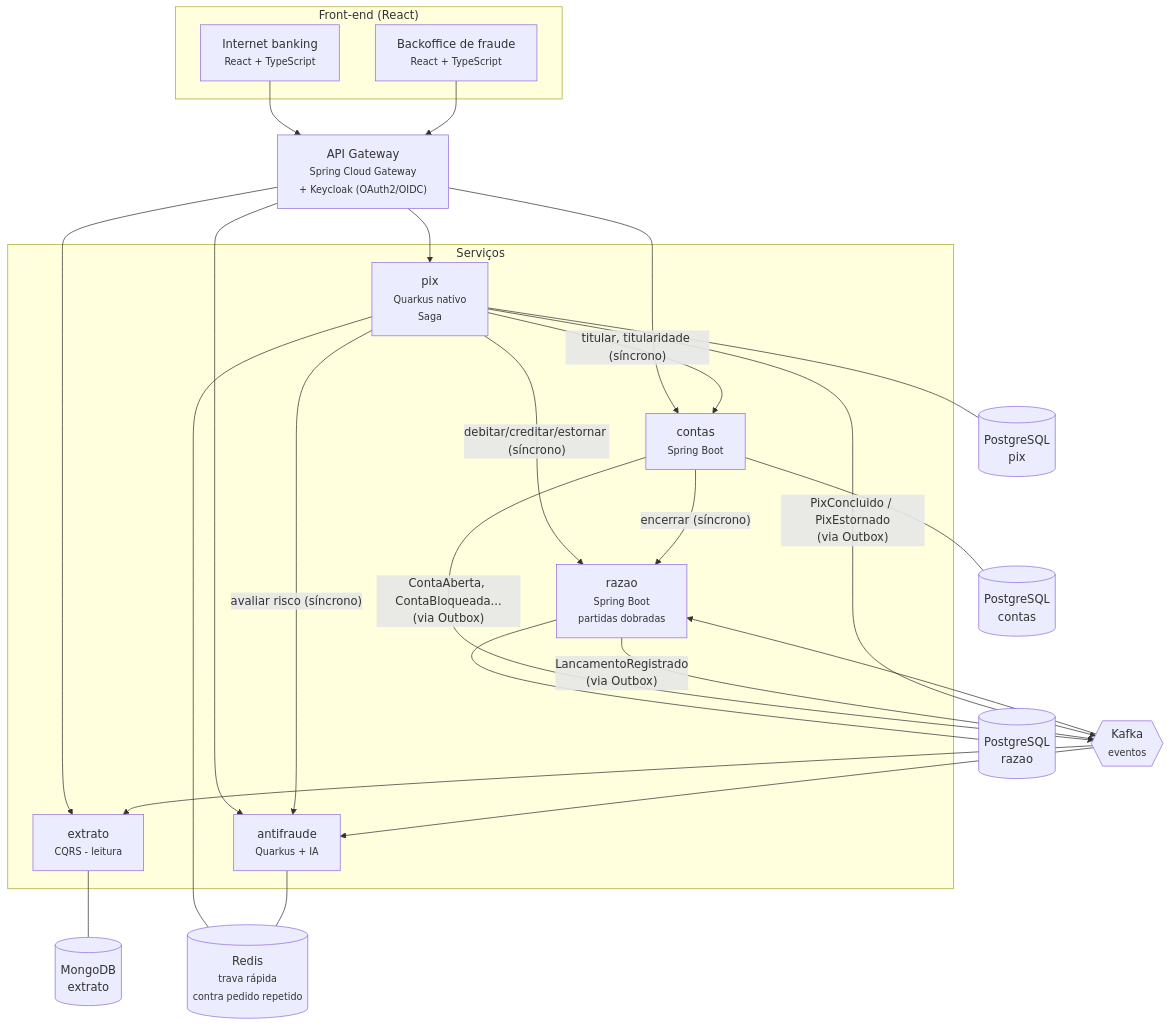
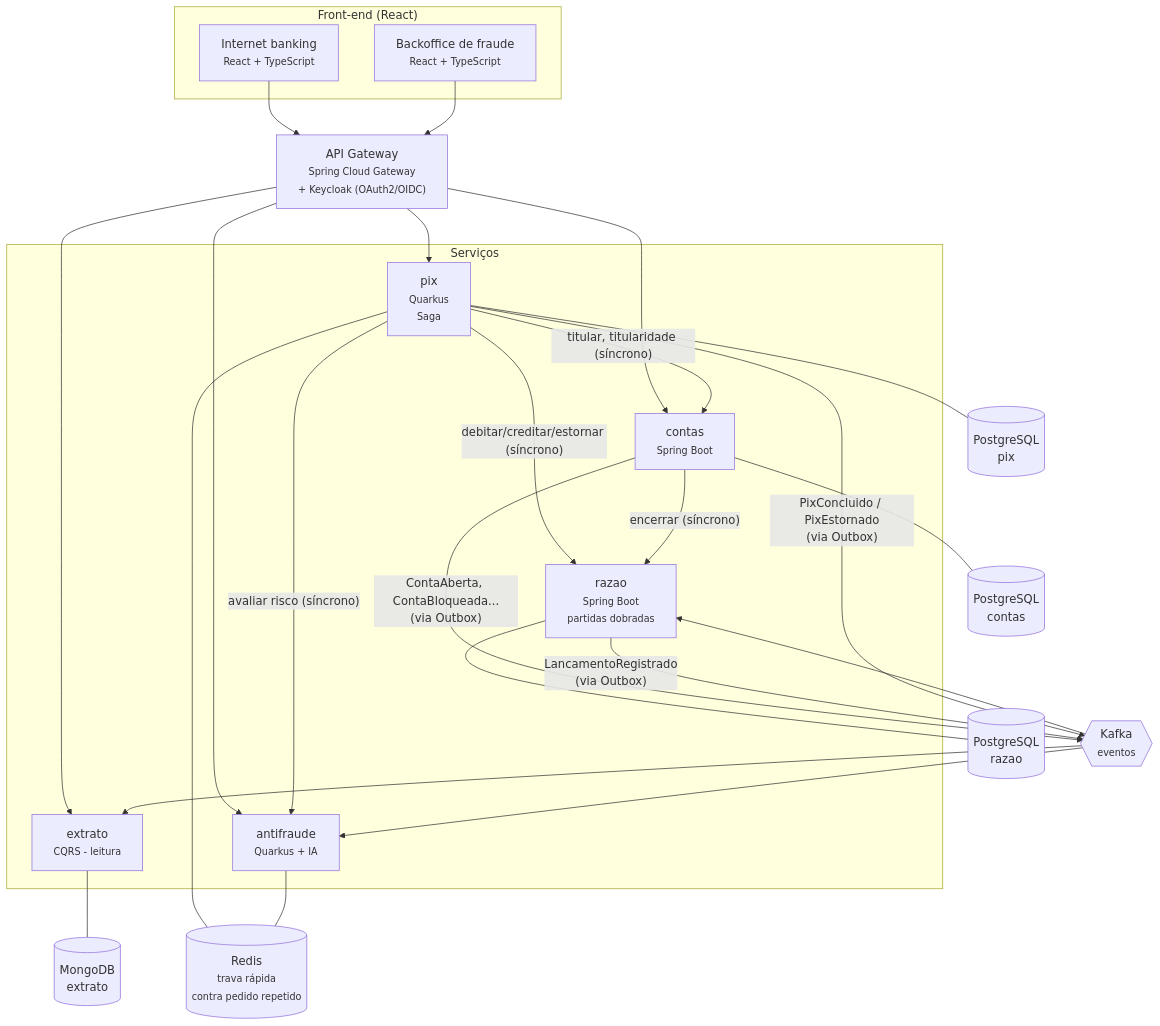
The second of 4 diagrams in docs/arquitetura/visao-geral.md (alanjoffre/ledgerly-bank), drawn with Mermaid before and after one commit. The commit also changed 9 other files, not shown here.

````diff
--- a/docs/arquitetura/visao-geral.md
+++ b/docs/arquitetura/visao-geral.md
@@ -40,46 +40,46 @@
 ```mermaid
 flowchart TB
     subgraph front["Front-end (React)"]
         web["Internet banking<br/><small>React + TypeScript</small>"]
         backoffice["Backoffice de fraude<br/><small>React + TypeScript</small>"]
     end
 
     gateway["API Gateway<br/><small>Spring Cloud Gateway<br/>+ Keycloak (OAuth2/OIDC)</small>"]
 
     subgraph servicos["Serviços"]
         contas["contas<br/><small>Spring Boot</small>"]
         razao["razao<br/><small>Spring Boot<br/>partidas dobradas</small>"]
-        pix["pix<br/><small>Quarkus nativo<br/>Saga</small>"]
+        pix["pix<br/><small>Quarkus<br/>Saga</small>"]
         antifraude["antifraude<br/><small>Quarkus + IA</small>"]
         extrato["extrato<br/><small>CQRS - leitura</small>"]
     end
 
     kafka{{"Kafka<br/><small>eventos</small>"}}
 
     pgContas[("PostgreSQL<br/>contas")]
     pgRazao[("PostgreSQL<br/>razao")]
     pgPix[("PostgreSQL<br/>pix")]
     redis[("Redis<br/><small>trava rápida<br/>contra pedido repetido</small>")]
     mongo[("MongoDB<br/>extrato")]
 
     web & backoffice --> gateway
     gateway --> contas & pix & extrato & antifraude
     pix -- "avaliar risco (síncrono)" --> antifraude
     pix -- "debitar/creditar/estornar (síncrono)" --> razao
     pix -- "titular, titularidade (síncrono)" --> contas
     contas -- "encerrar (síncrono)" --> razao
 
     contas --- pgContas
     razao --- pgRazao
     pix --- pgPix
     pix --- redis
     antifraude --- redis
     extrato --- mongo
 
     contas -- "ContaAberta, ContaBloqueada...<br/>(via Outbox)" --> kafka
     razao -- "LancamentoRegistrado<br/>(via Outbox)" --> kafka
     pix -- "PixConcluido / PixEstornado<br/>(via Outbox)" --> kafka
     kafka --> razao
     kafka --> extrato
     kafka --> antifraude
 ```
````
